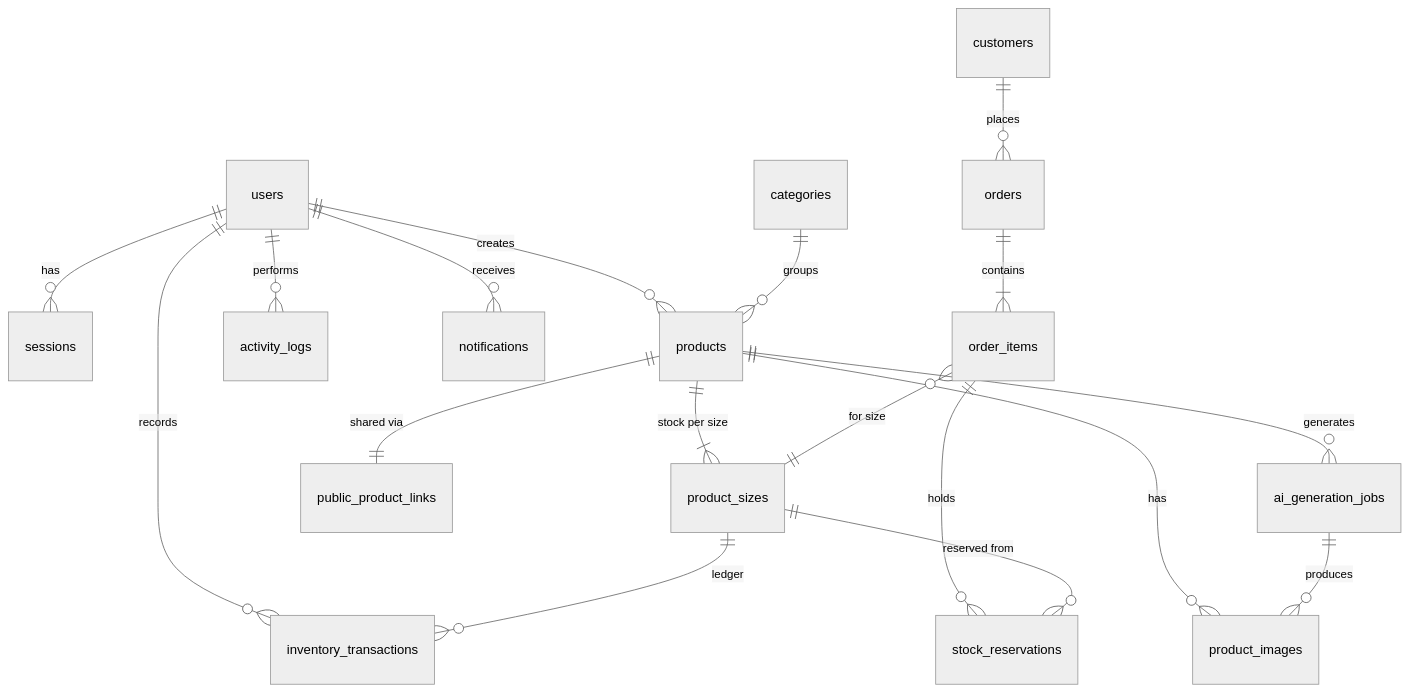
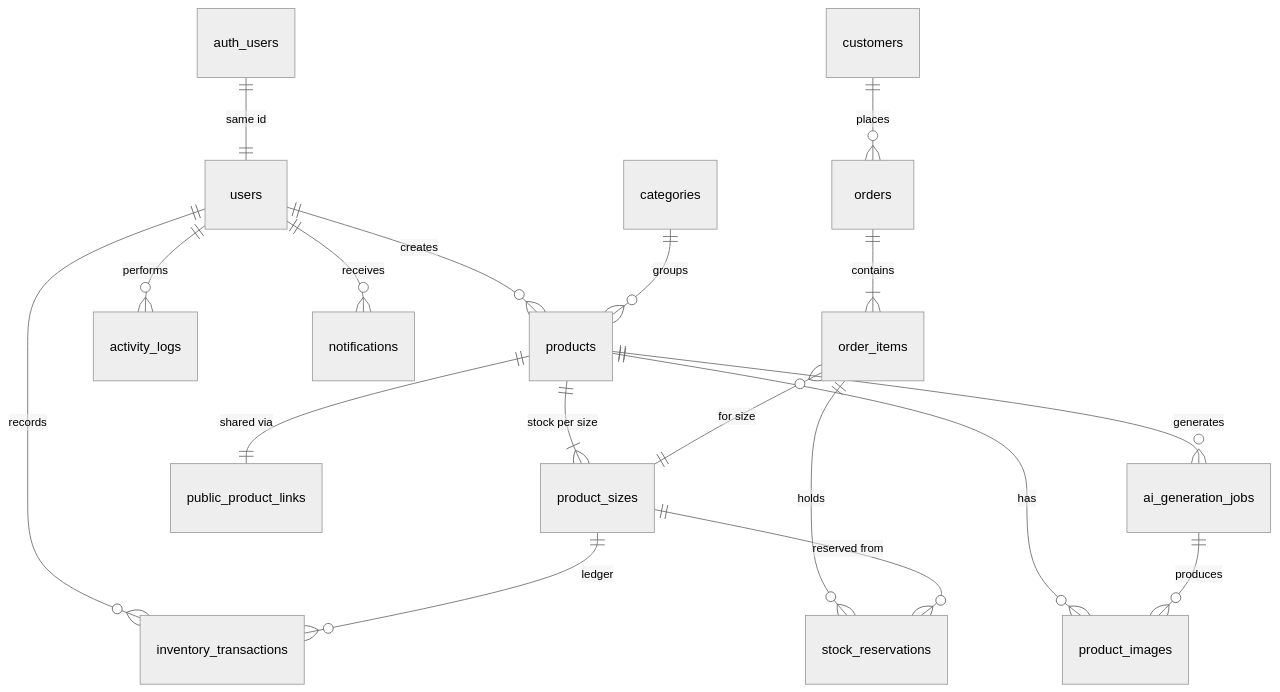
One commit to rumanmushtaq/Threadline changed the second of 6 diagrams in docs/ARCHITECTURE.md. Above: the diagram before and after it, drawn with Mermaid (neutral theme). The commit also changed other lines of this file and 41 other files, not shown here.

````diff
--- a/docs/ARCHITECTURE.md
+++ b/docs/ARCHITECTURE.md
@@ -64,20 +64,20 @@
 ```mermaid
 erDiagram
-  users ||--o{ sessions : has
+  auth_users ||--|| users : "same id"
   users ||--o{ products : creates
   users ||--o{ inventory_transactions : records
   users ||--o{ activity_logs : performs
   users ||--o{ notifications : receives
   categories ||--o{ products : groups
   products ||--|{ product_sizes : "stock per size"
   products ||--o{ product_images : has
   products ||--|| public_product_links : "shared via"
   products ||--o{ ai_generation_jobs : "generates"
   ai_generation_jobs ||--o{ product_images : produces
   product_sizes ||--o{ inventory_transactions : "ledger"
   customers ||--o{ orders : places
   orders ||--|{ order_items : contains
   order_items }o--|| product_sizes : "for size"
   order_items ||--o{ stock_reservations : holds
   product_sizes ||--o{ stock_reservations : "reserved from"
 ```
````
